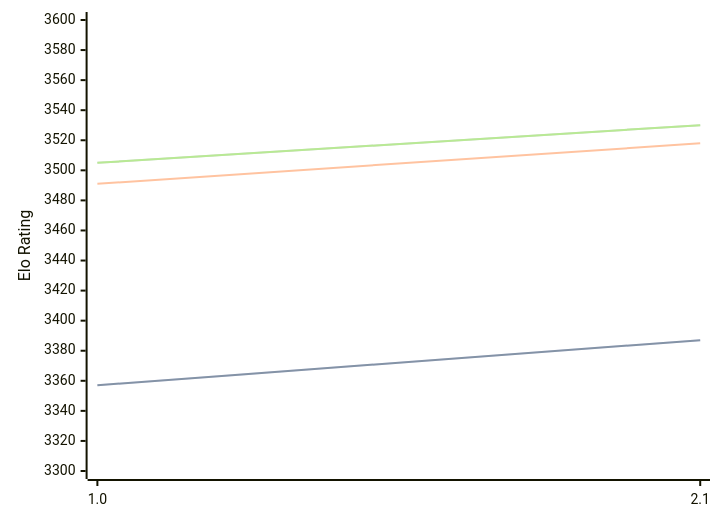
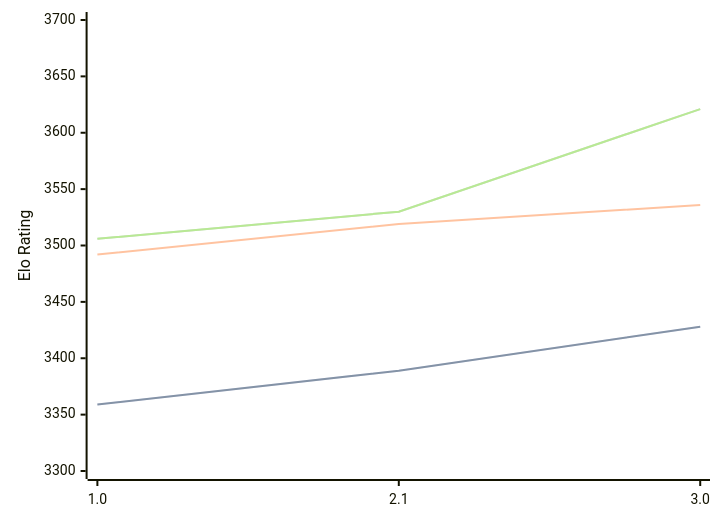
The diagram in engines/Hobbes.md (computer-chess-index/cci), drawn with Mermaid before and after one commit. The commit also changed other lines of this file, not shown here.

Commit message:
Update CCI Ratings (ELO VLTC) - 2026-07-23

````diff
--- a/engines/Hobbes.md
+++ b/engines/Hobbes.md
@@ -33,11 +34,11 @@
 ```mermaid
 %%{init: {"theme":"base","themeVariables":{"seriesColors:['#a3a3a3','#222221','#faa371']}}}%%
 xychart-beta
-  x-axis ["1.0", "2.1"]
-  y-axis "Elo Rating" 3300 --> 3600
-  line "STC (8.0+0.08s)" [3357, 3387]
-  line "STC (8.0+0.08s)" [3357, 3387]
-  line "LTC (60.0+0.60s)" [3491, 3518]
-  line "VLTC (2m24s+1.12s)" [3505, 3530]
-  line "VLTC (2m24s+1.12s)" [3505, 3530]
+  x-axis ["1.0", "2.1", "3.0"]
+  y-axis "Elo Rating" 3300 --> 3700
+  line "STC (8.0+0.08s)" [3359, 3389, 3428]
+  line "STC (8.0+0.08s)" [3359, 3389, 3428]
+  line "LTC (60.0+0.60s)" [3492, 3519, 3536]
+  line "VLTC (2m24s+1.12s)" [3506, 3530, 3621]
+  line "VLTC (2m24s+1.12s)" [3506, 3530, 3621]
 ```
````
